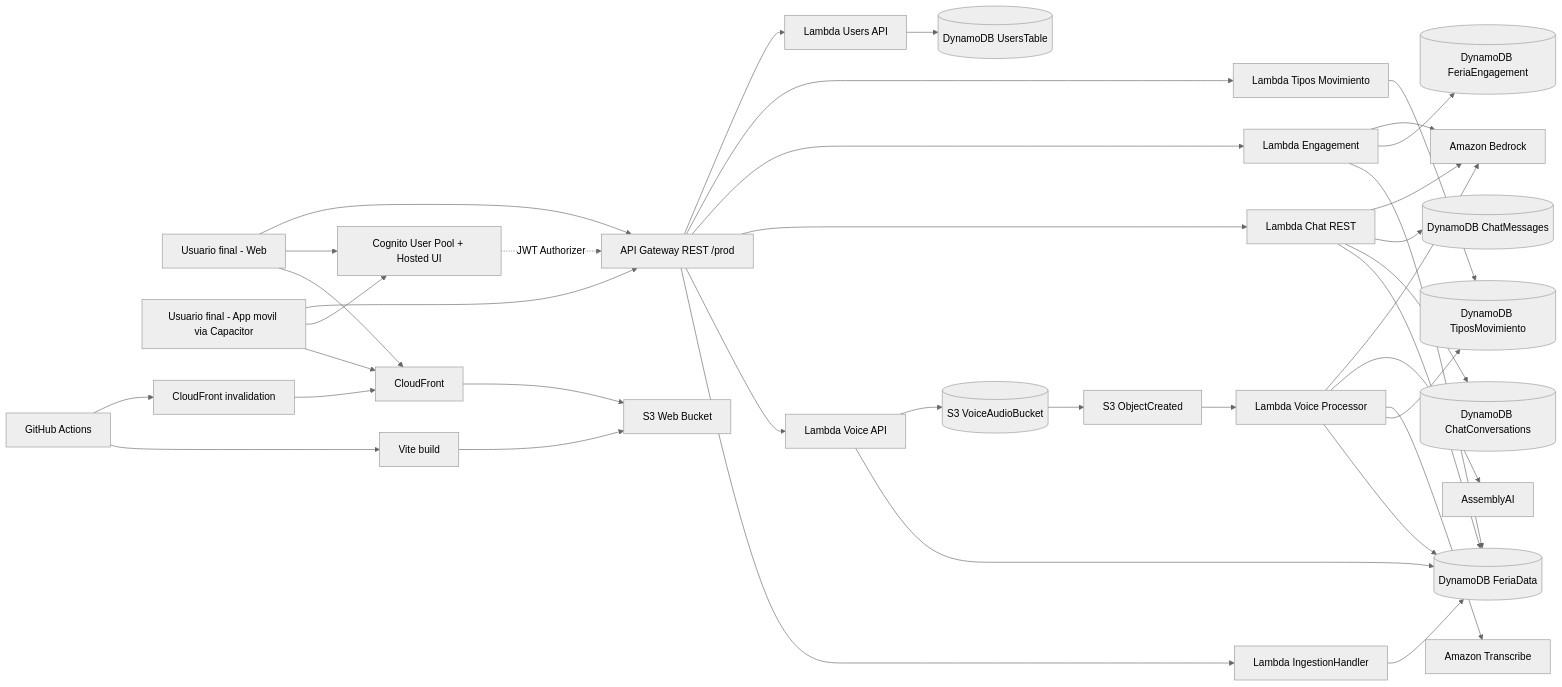
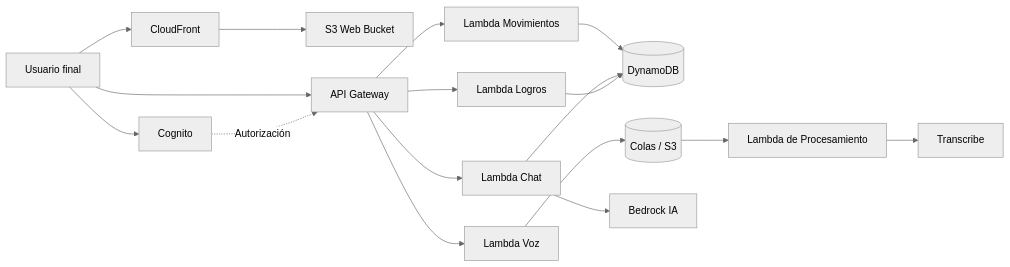
One commit to AlejandroJBArellano/feria changed the diagram in docs/product/hackathon-arquitectura-b2b2c-ods8.md. Above: the diagram before and after it, drawn with Mermaid (neutral theme). The commit also changed other lines of this file and 5 other files, not shown here.

Commit message:
refactor: update and simplify product documentation and architecture specifications

````diff
--- a/docs/product/hackathon-arquitectura-b2b2c-ods8.md
+++ b/docs/product/hackathon-arquitectura-b2b2c-ods8.md
@@ -29,56 +28,24 @@
 ```mermaid
 flowchart LR
-  %% Clientes
-  U1[Usuario final - Web] --> CF[CloudFront]
-  U2[Usuario final - App movil via Capacitor] --> CF
+  U1[Usuario final] --> CF[CloudFront]
   CF --> S3WEB[S3 Web Bucket]
 
-  %% Auth
-  U1 --> COG[Cognito User Pool + Hosted UI]
-  U2 --> COG
+  U1 --> COG[Cognito]
+  U1 --> APIGW[API Gateway]
+  COG -. Autorización .-> APIGW
 
-  %% API
-  U1 --> APIGW[API Gateway REST /prod]
-  U2 --> APIGW
-  COG -. JWT Authorizer .-> APIGW
+  APIGW --> L_INGEST[Lambda Movimientos]
+  APIGW --> L_VOICE_API[Lambda Voz]
+  APIGW --> L_CHAT[Lambda Chat]
+  APIGW --> L_ENG[Lambda Logros]
 
-  %% Lambdas
-  APIGW --> L_INGEST[Lambda IngestionHandler]
-  APIGW --> L_VOICE_API[Lambda Voice API]
-  APIGW --> L_CHAT[Lambda Chat REST]
-  APIGW --> L_ENG[Lambda Engagement]
-  APIGW --> L_TYPES[Lambda Tipos Movimiento]
-  APIGW --> L_USERS[Lambda Users API]
-
-  %% Persistencia
-  L_INGEST --> DDB_MAIN[(DynamoDB FeriaData)]
-  L_VOICE_API --> DDB_MAIN
+  L_INGEST --> DDB_MAIN[(DynamoDB)]
   L_CHAT --> DDB_MAIN
   L_ENG --> DDB_MAIN
 
-  L_CHAT --> DDB_CHAT_C[(DynamoDB ChatConversations)]
-  L_CHAT --> DDB_CHAT_M[(DynamoDB ChatMessages)]
-  L_ENG --> DDB_ENG[(DynamoDB FeriaEngagement)]
-  L_TYPES --> DDB_TYPES[(DynamoDB TiposMovimiento)]
-  L_USERS --> DDB_USERS[(DynamoDB UsersTable)]
-
-  %% Voz
-  L_VOICE_API --> S3VOICE[(S3 VoiceAudioBucket)]
-  S3VOICE --> EVT[S3 ObjectCreated]
-  EVT --> L_VOICE_PROC[Lambda Voice Processor]
-  L_VOICE_PROC --> DDB_MAIN
-  L_VOICE_PROC --> DDB_TYPES
-
-  %% STT e IA
-  L_VOICE_PROC --> TR[Amazon Transcribe]
-  L_VOICE_PROC --> AAI[AssemblyAI]
-  L_CHAT --> BR[Amazon Bedrock]
-  L_ENG --> BR
-  L_VOICE_PROC --> BR
-
-  %% CI/CD
-  GH[GitHub Actions] --> BUILD[Vite build]
-  BUILD --> S3WEB
-  GH --> INV[CloudFront invalidation]
-  INV --> CF
+  L_VOICE_API --> S3VOICE[(Colas / S3)]
+  S3VOICE --> L_VOICE_PROC[Lambda de Procesamiento]
+  
+  L_VOICE_PROC --> TR[Transcribe]
+  L_CHAT --> BR[Bedrock IA]
 ```
````
